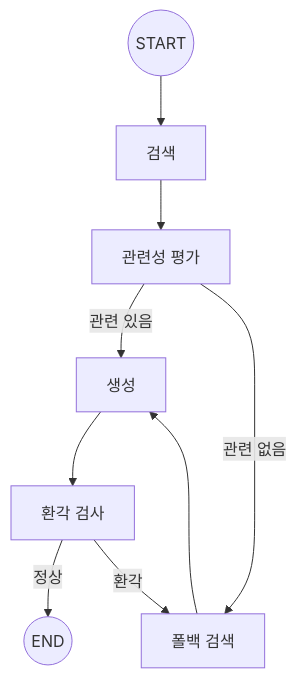
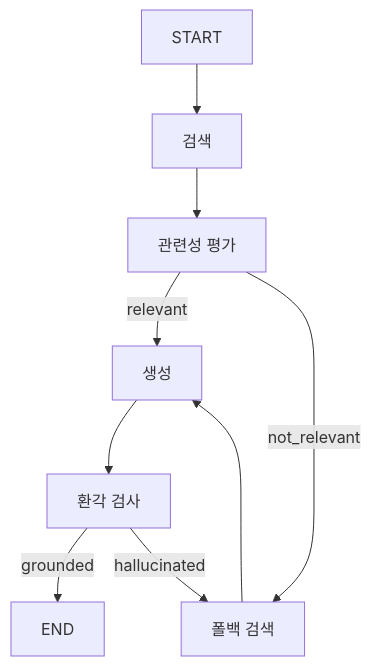
One commit to Ranponim/rag_agent changed the diagram in docs/04_advanced_rag.md. Above: the diagram before and after it, drawn with Mermaid. The commit also changed other lines of this file and 6 other files, not shown here.

````diff
--- a/docs/04_advanced_rag.md
+++ b/docs/04_advanced_rag.md
@@ -61,15 +58,11 @@
 ```mermaid
 graph TD
-    START((START)) --> retrieve[검색]
+    START --> retrieve[검색]
     retrieve --> grade[관련성 평가]
-    
-    grade -->|관련 있음| generate[생성]
-    grade -->|관련 없음| fallback[폴백 검색]
-    
+    grade -->|relevant| generate[생성]
+    grade -->|not_relevant| fallback[폴백 검색]
     generate --> check[환각 검사]
-    
-    check -->|정상| END((END))
-    check -->|환각| fallback
-    
+    check -->|grounded| END
+    check -->|hallucinated| fallback
     fallback --> generate
 ```
````
